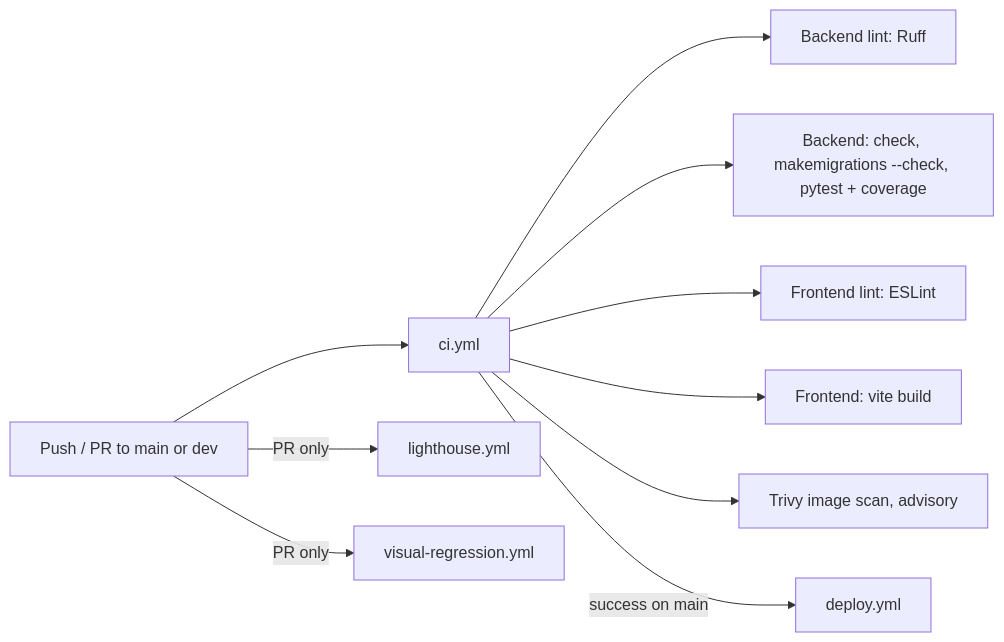
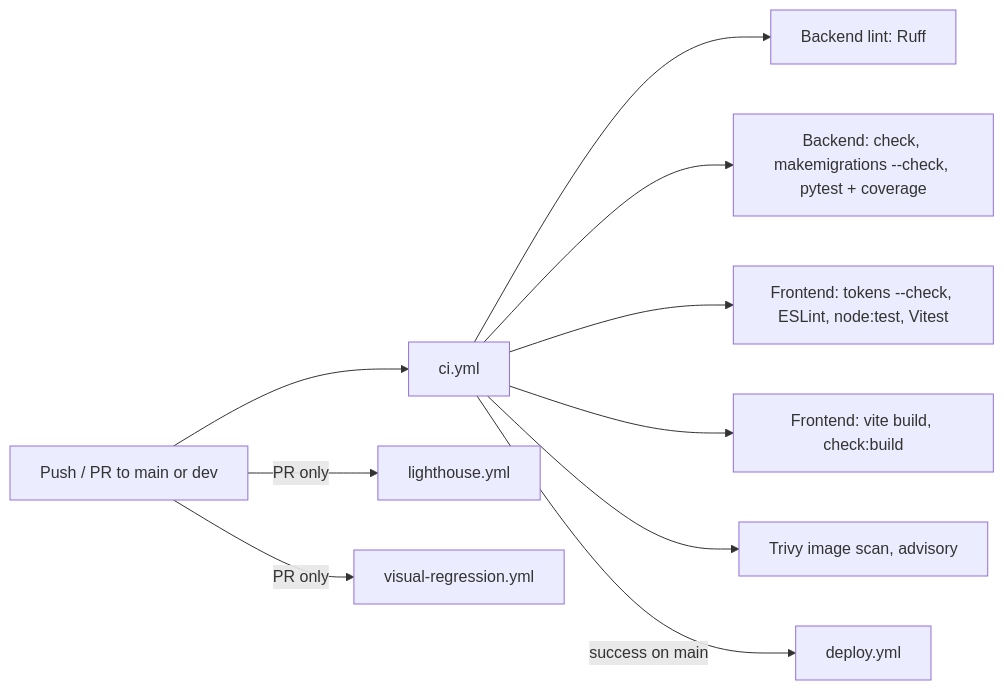
Before and after one commit to armanhm/Lingaru: the diagram in docs/wiki/Testing-and-CI.md, drawn with Mermaid. The commit also changed other lines of this file and 2 other files, not shown here.

````diff
--- a/docs/wiki/Testing-and-CI.md
+++ b/docs/wiki/Testing-and-CI.md
@@ -9,12 +9,12 @@
 ```mermaid
 flowchart LR
   PR[Push / PR to main or dev] --> CI[ci.yml]
   CI --> BL[Backend lint: Ruff]
   CI --> BT[Backend: check, makemigrations --check, pytest + coverage]
-  CI --> FL[Frontend lint: ESLint]
-  CI --> FB[Frontend: vite build]
+  CI --> FL[Frontend: tokens --check, ESLint, node:test, Vitest]
+  CI --> FB[Frontend: vite build, check:build]
   CI --> TV[Trivy image scan, advisory]
   PR -->|PR only| LH[lighthouse.yml]
   PR -->|PR only| VR[visual-regression.yml]
   CI -->|success on main| DEP[deploy.yml]
 ```
````
